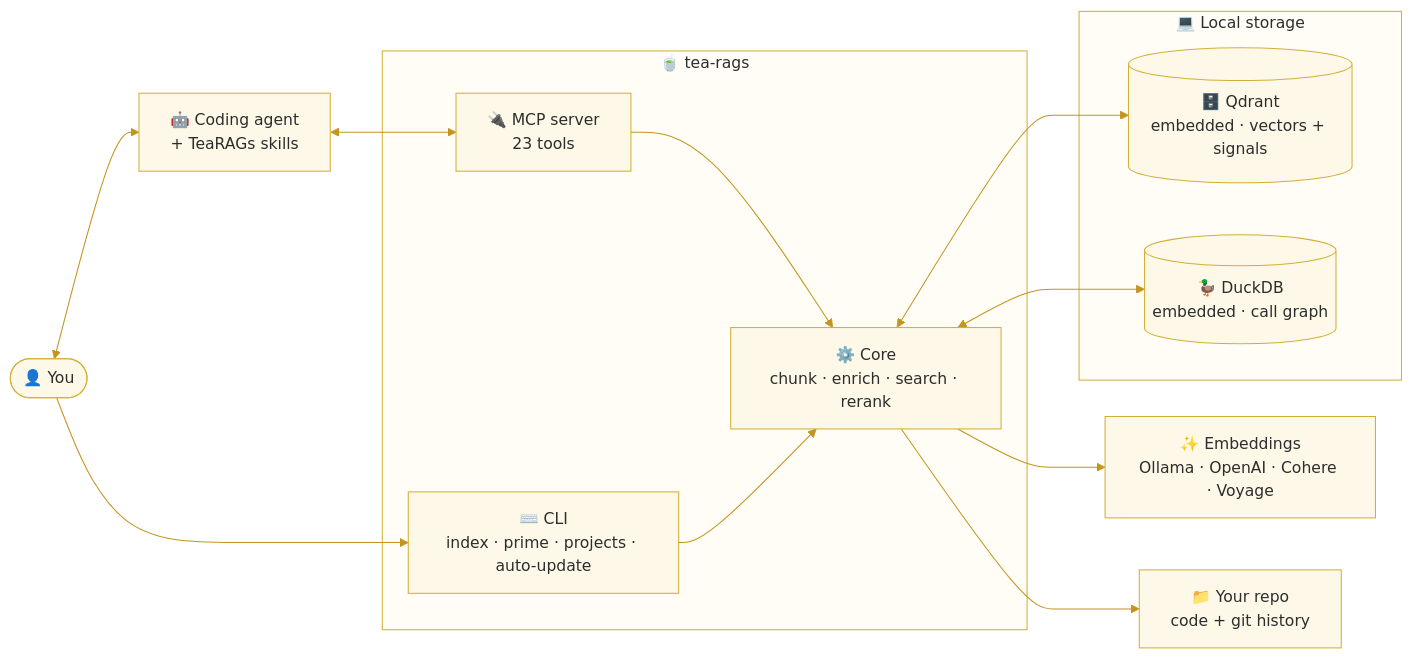
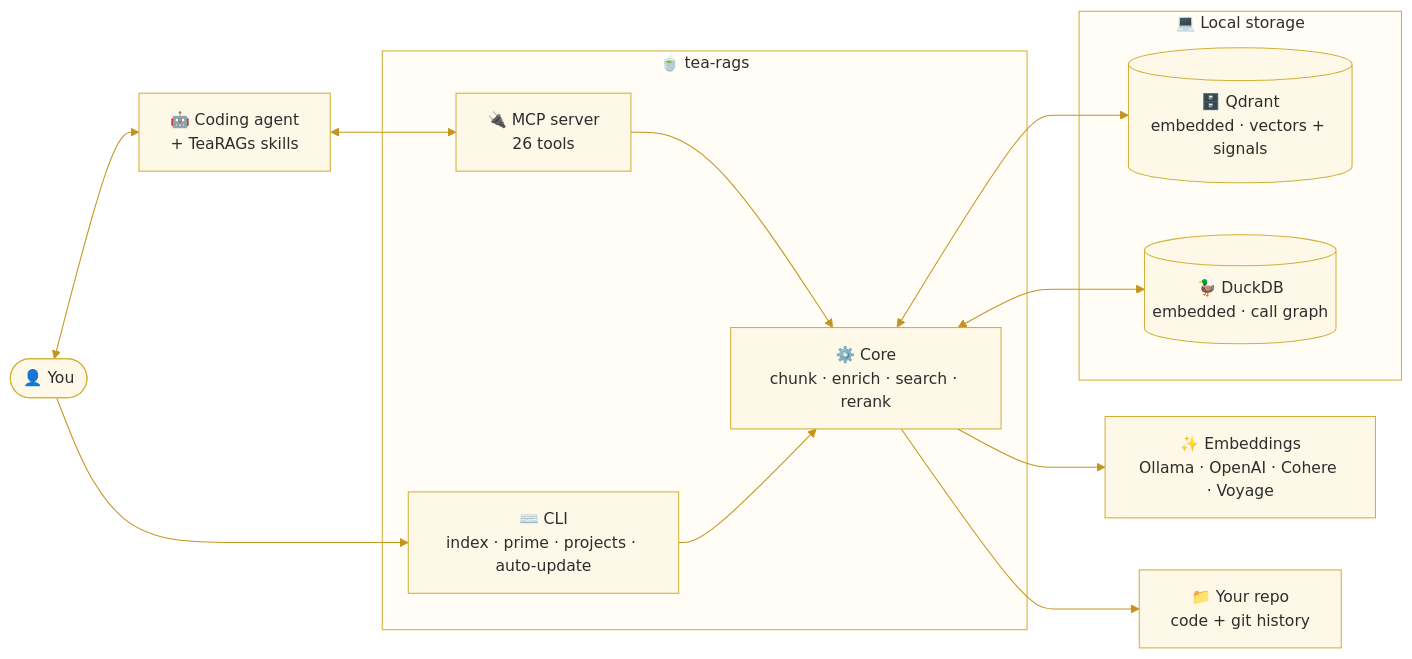
One commit to artk0de/TeaRAGs-MCP changed the diagram in README.md. Above: the diagram before and after it, drawn with Mermaid. The commit also changed other lines of this file and 6 other files, not shown here.

````diff
--- a/README.md
+++ b/README.md
@@ -338,30 +437,30 @@
 ```mermaid
 %%{init: {"theme": "base", "themeVariables": {"primaryColor": "#fdf8e7", "primaryTextColor": "#2d2d2d", "primaryBorderColor": "#d4af37", "lineColor": "#c4941f", "secondaryColor": "#f5f5dc", "tertiaryColor": "#fafafa", "mainBkg": "#fdf8e7", "secondBkg": "#f5f5dc", "nodeBorder": "#d4af37", "clusterBkg": "#fffdf6", "clusterBorder": "#d4af37", "titleColor": "#2d2d2d", "edgeLabelBackground": "#ffffff", "fontSize": "15px"}}}%%
 flowchart LR
     User([👤 You])
     Agent[🤖 Coding agent<br/>+ TeaRAGs skills]
 
     subgraph pkg["🍵 tea-rags"]
-        MCP[🔌 MCP server<br/>23 tools]
+        MCP[🔌 MCP server<br/>26 tools]
         CLI[⌨️ CLI<br/>index · prime · projects · auto-update]
         Core[⚙️ Core<br/>chunk · enrich · search · rerank]
         MCP --> Core
         CLI --> Core
     end
 
     subgraph storage["💻 Local storage"]
         Qdrant[(🗄️ Qdrant<br/>embedded · vectors + signals)]
         DuckDB[(🦆 DuckDB<br/>embedded · call graph)]
     end
 
     Embeddings[✨ Embeddings<br/>Ollama · OpenAI · Cohere · Voyage]
     Repo[📁 Your repo<br/>code + git history]
 
     User <--> Agent
     Agent <--> MCP
     User --> CLI
     Core <--> Qdrant
     Core <--> DuckDB
     Core --> Embeddings
     Core --> Repo
 ```
````
